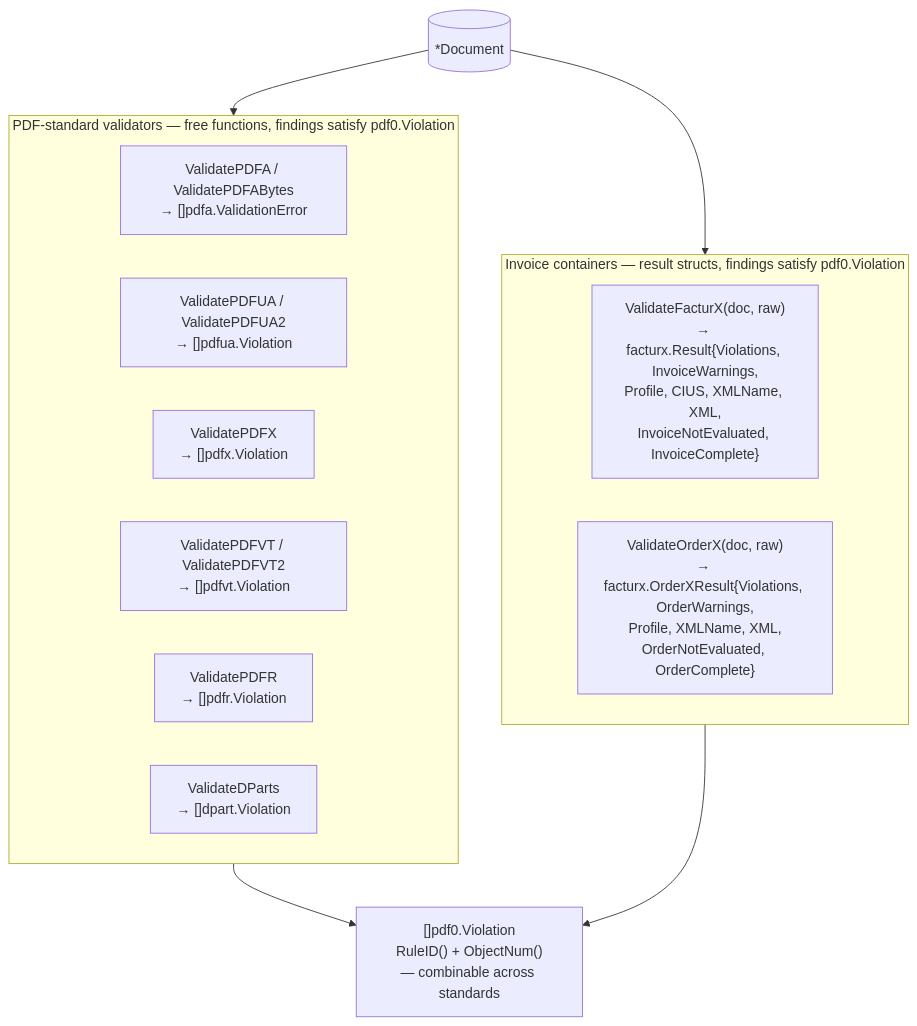
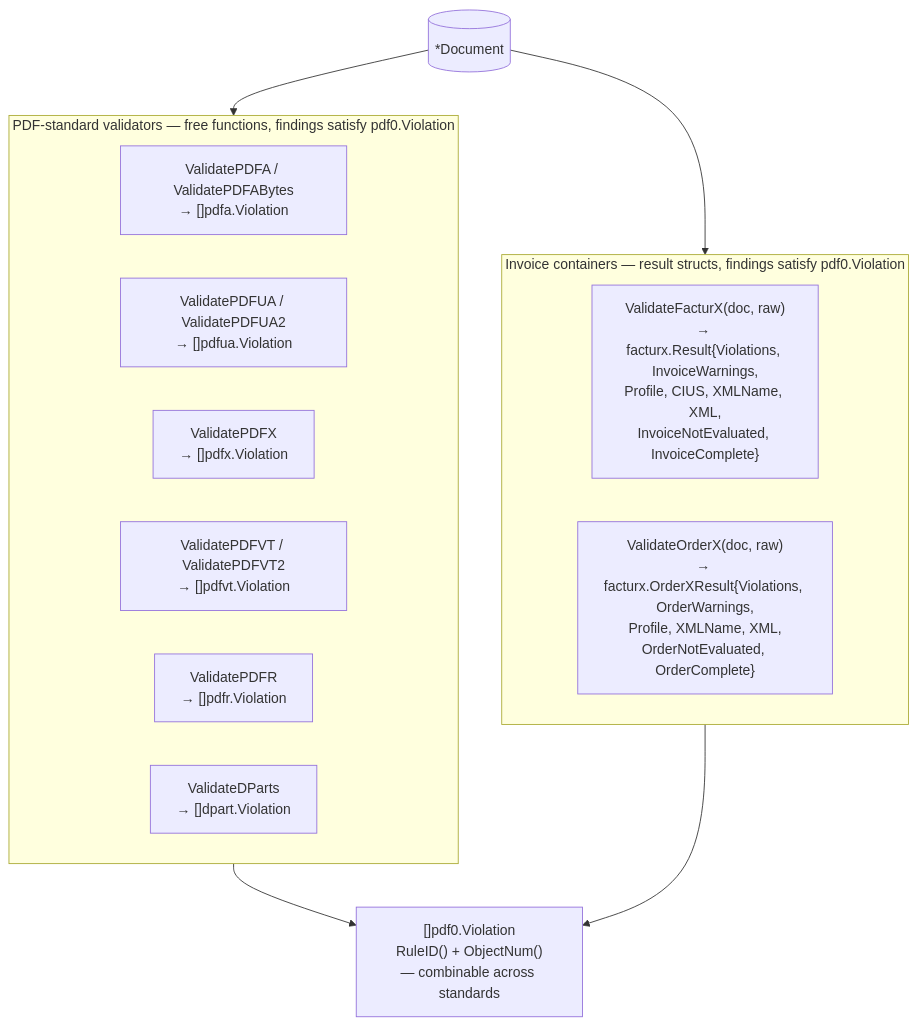
The first of 2 diagrams in docs/validators.md (mgilbir/pdf0), drawn with Mermaid before and after one commit. The commit also changed other lines of this file and 39 other files, not shown here.

First line of the commit message:
Rename pdfa.ValidationError to pdfa.Violation

````diff
--- a/docs/validators.md
+++ b/docs/validators.md
@@ -71,24 +71,24 @@
 ```mermaid
 flowchart TD
     Doc[("*Document")]
 
     subgraph pdfstd["PDF-standard validators — free functions, findings satisfy pdf0.Violation"]
-        A["ValidatePDFA / ValidatePDFABytes<br/>→ []pdfa.ValidationError"]
+        A["ValidatePDFA / ValidatePDFABytes<br/>→ []pdfa.Violation"]
         UA["ValidatePDFUA / ValidatePDFUA2<br/>→ []pdfua.Violation"]
         X["ValidatePDFX<br/>→ []pdfx.Violation"]
         VT["ValidatePDFVT / ValidatePDFVT2<br/>→ []pdfvt.Violation"]
         R["ValidatePDFR<br/>→ []pdfr.Violation"]
         DP["ValidateDParts<br/>→ []dpart.Violation"]
     end
 
     subgraph invoice["Invoice containers — result structs, findings satisfy pdf0.Violation"]
         FX["ValidateFacturX(doc, raw)<br/>→ facturx.Result{Violations, InvoiceWarnings,<br/>Profile, CIUS, XMLName, XML,<br/>InvoiceNotEvaluated, InvoiceComplete}"]
         OX["ValidateOrderX(doc, raw)<br/>→ facturx.OrderXResult{Violations, OrderWarnings,<br/>Profile, XMLName, XML,<br/>OrderNotEvaluated, OrderComplete}"]
     end
 
     Doc --> pdfstd
     Doc --> invoice
 
     pdfstd --> V["[]pdf0.Violation<br/>RuleID() + ObjectNum()<br/>— combinable across standards"]
     invoice --> V
 ```
````
